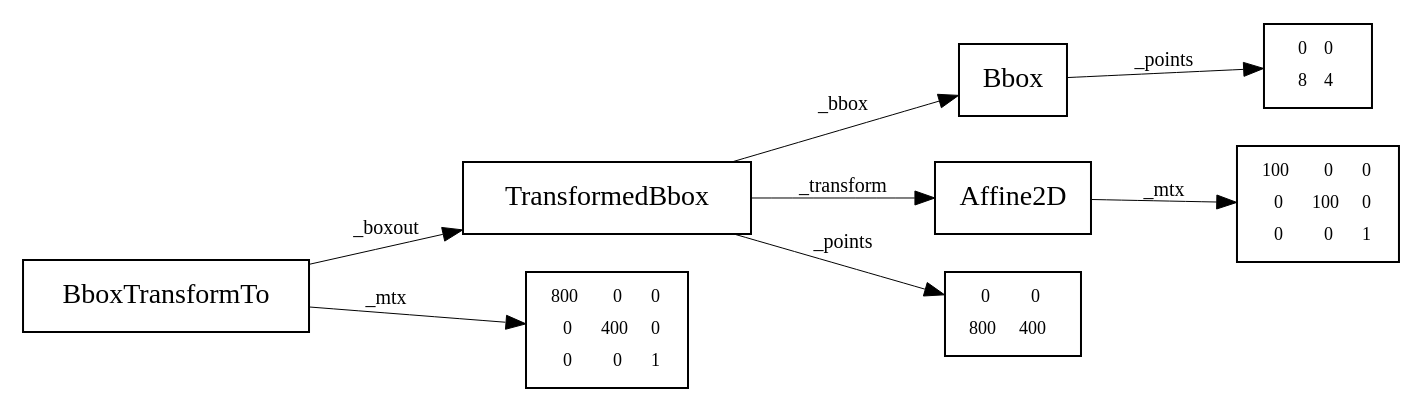
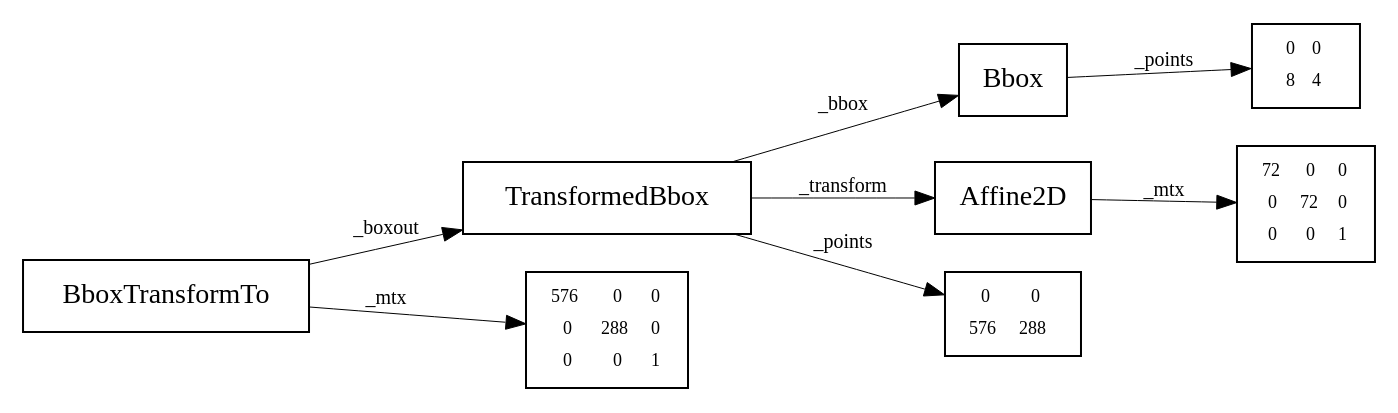
One commit to id0ma1no/ug-python changed the diagram in py-scientific-computing/04-matplotlib/data/transFigure.dot. Above: the diagram before and after it, drawn with Graphviz. The commit also changed 6 other files, not shown here.

```diff
--- a/py-scientific-computing/04-matplotlib/data/transFigure.dot
+++ b/py-scientific-computing/04-matplotlib/data/transFigure.dot
@@ -1,20 +1,20 @@
 digraph structs {
 rankdir="LR";        
 node [shape=record,style=filled];
 edge [fontsize=10, penwidth=0.5];
-obj_3210794186176[label="BboxTransformTo",fillcolor=white];
-obj_3210794186120[label="TransformedBbox",fillcolor=white];
-obj_3210794186008[label="Bbox",fillcolor=white];
-obj_3210793201216[label=<<table border="0"><tr><td>0</td><td>0</td></tr><tr><td>8</td><td>4</td></tr></table>>,fillcolor=white, fontsize=9];
-obj_3210794186008 -> obj_3210793201216[label="_points",style=solid];
-obj_3210794186120 -> obj_3210794186008[label="_bbox",style=solid];
-obj_3210794186064[label="Affine2D",fillcolor=white];
-obj_3210812216064[label=<<table border="0"><tr><td>100</td><td>0</td><td>0</td></tr><tr><td>0</td><td>100</td><td>0</td></tr><tr><td>0</td><td>0</td><td>1</td></tr></table>>,fillcolor=white, fontsize=9];
-obj_3210794186064 -> obj_3210812216064[label="_mtx",style=solid];
-obj_3210794186120 -> obj_3210794186064[label="_transform",style=solid];
-obj_3210812024272[label=<<table border="0"><tr><td>0</td><td>0</td></tr><tr><td>800</td><td>400</td></tr></table>>,fillcolor=white, fontsize=9];
-obj_3210794186120 -> obj_3210812024272[label="_points",style=solid];
-obj_3210794186176 -> obj_3210794186120[label="_boxout",style=solid];
-obj_3210812026592[label=<<table border="0"><tr><td>800</td><td>0</td><td>0</td></tr><tr><td>0</td><td>400</td><td>0</td></tr><tr><td>0</td><td>0</td><td>1</td></tr></table>>,fillcolor=white, fontsize=9];
-obj_3210794186176 -> obj_3210812026592[label="_mtx",style=solid];
+obj_1488606420216[label="BboxTransformTo",fillcolor=white];
+obj_1488606418144[label="TransformedBbox",fillcolor=white];
+obj_1488606419936[label="Bbox",fillcolor=white];
+obj_1488579163200[label=<<table border="0"><tr><td>0</td><td>0</td></tr><tr><td>8</td><td>4</td></tr></table>>,fillcolor=white, fontsize=9];
+obj_1488606419936 -> obj_1488579163200[label="_points",style=solid];
+obj_1488606418144 -> obj_1488606419936[label="_bbox",style=solid];
+obj_1488606417248[label="Affine2D",fillcolor=white];
+obj_1488604750752[label=<<table border="0"><tr><td>72</td><td>0</td><td>0</td></tr><tr><td>0</td><td>72</td><td>0</td></tr><tr><td>0</td><td>0</td><td>1</td></tr></table>>,fillcolor=white, fontsize=9];
+obj_1488606417248 -> obj_1488604750752[label="_mtx",style=solid];
+obj_1488606418144 -> obj_1488606417248[label="_transform",style=solid];
+obj_1488603470464[label=<<table border="0"><tr><td>0</td><td>0</td></tr><tr><td>576</td><td>288</td></tr></table>>,fillcolor=white, fontsize=9];
+obj_1488606418144 -> obj_1488603470464[label="_points",style=solid];
+obj_1488606420216 -> obj_1488606418144[label="_boxout",style=solid];
+obj_1488603468304[label=<<table border="0"><tr><td>576</td><td>0</td><td>0</td></tr><tr><td>0</td><td>288</td><td>0</td></tr><tr><td>0</td><td>0</td><td>1</td></tr></table>>,fillcolor=white, fontsize=9];
+obj_1488606420216 -> obj_1488603468304[label="_mtx",style=solid];
 }
```
